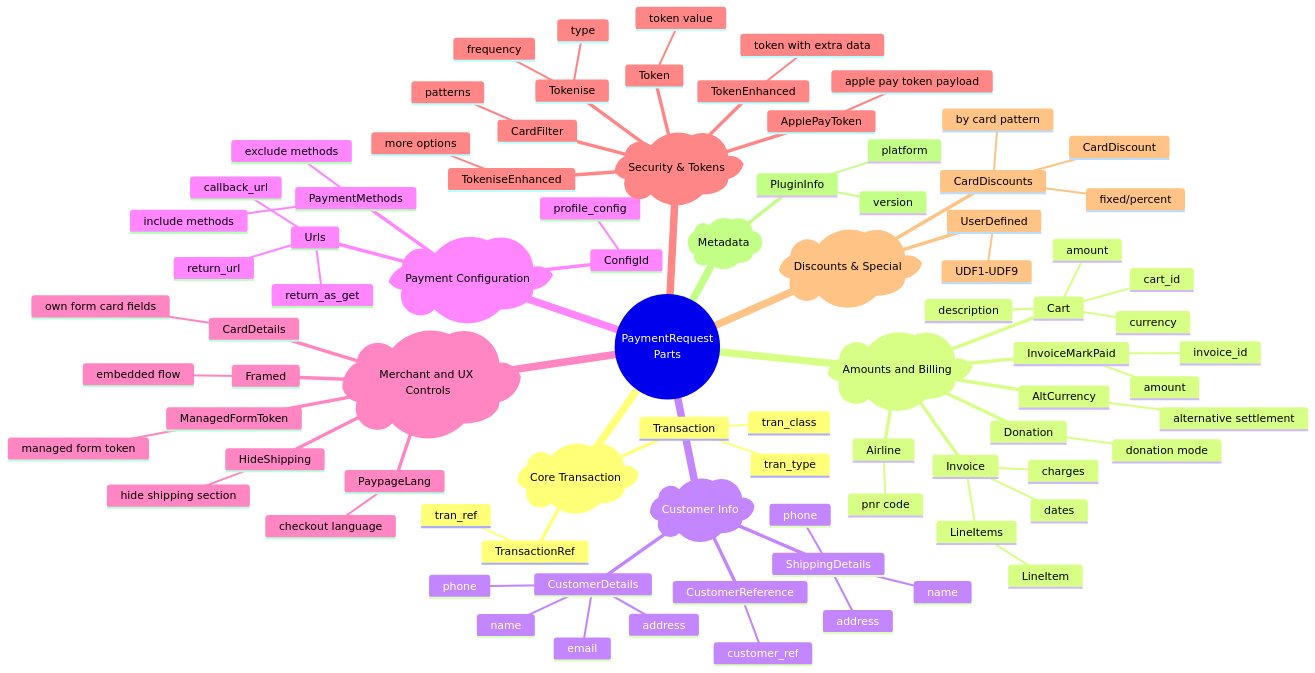
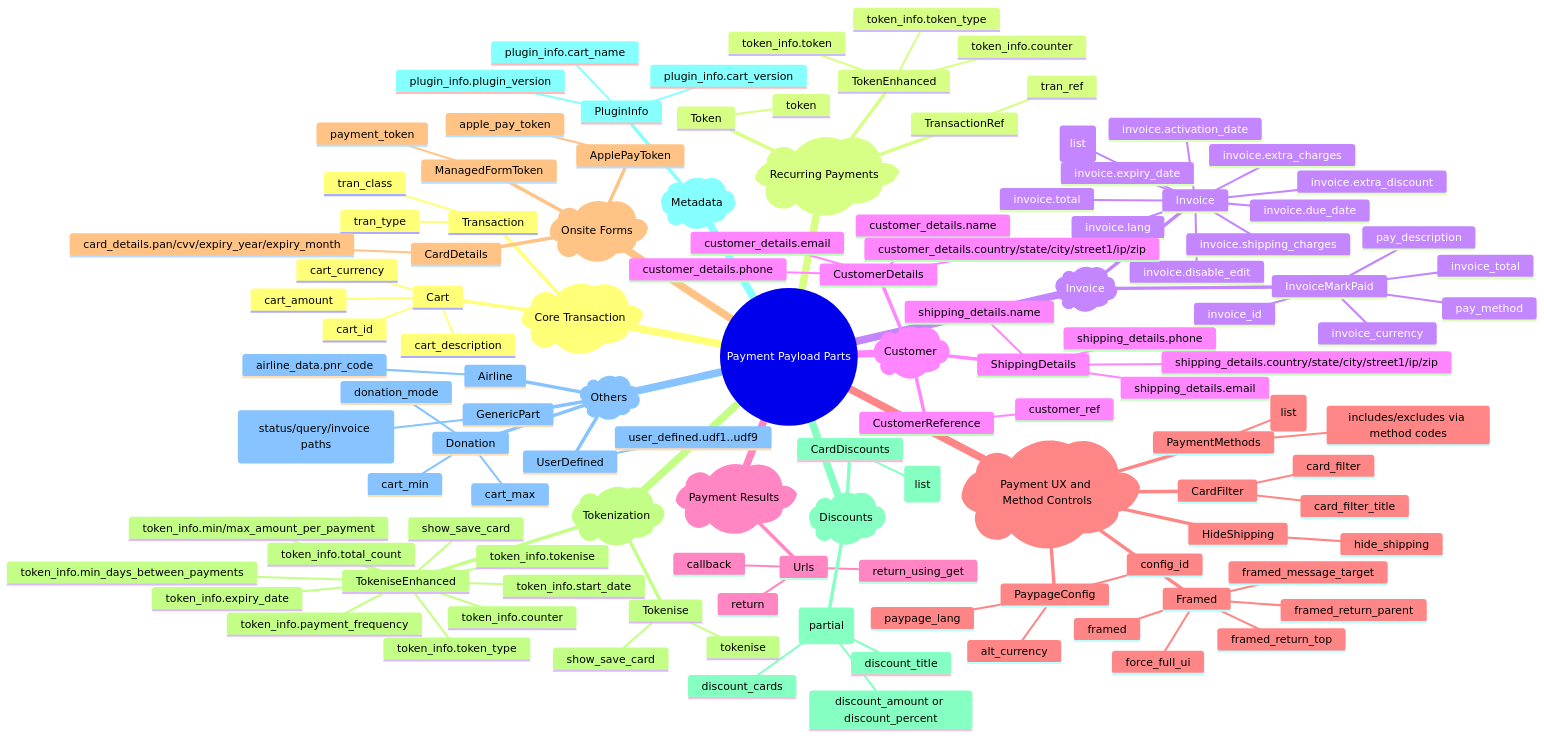
The diagram in docs/diagrams/payment-parts-reference.mmd (paytabscom/php-sdk), drawn with Mermaid before and after one commit. The commit also changed 2 other files, not shown here.

Commit message:
Update architecture documentation with detailed parts mapping and enhance payment parts reference

```diff
--- a/docs/diagrams/payment-parts-reference.mmd
+++ b/docs/diagrams/payment-parts-reference.mmd
@@ -1,96 +1,133 @@
 %% PayTabs Payment Parts Reference
-%% Shows all available parts and their purpose
+%% Overview map of request parts and their payload keys.
 
 mindmap
-  root((PaymentRequest<br/>Parts))
+  root((Payment Payload Parts))
     )Core Transaction(
       Transaction
         tran_type
         tran_class
-      TransactionRef
-        tran_ref
-
-    )Amounts and Billing(
       Cart
         cart_id
-        currency
-        amount
-        description
+        cart_currency
+        cart_amount
+        cart_description
+
+    )Recurring Payments(
+      Token
+        token
+      TokenEnhanced
+        token_info.token
+        token_info.token_type
+        token_info.counter
+      TransactionRef
+          tran_ref
+
+    )Invoice(
       Invoice
-        LineItems
-          LineItem
-        charges
-        dates
-      AltCurrency
-        alternative settlement
-      Donation
-        donation mode
-      Airline
-        pnr code
+        invoice.lang
+        invoice.shipping_charges
+        invoice.extra_charges
+        invoice.extra_discount
+        invoice.total
+        invoice.activation_date
+        invoice.due_date
+        invoice.expiry_date
+        invoice.disable_edit
+        invoice.line_items (list)
       InvoiceMarkPaid
         invoice_id
-        amount
+        invoice_currency
+        invoice_total
+        pay_method
+        pay_description
 
-    )Customer Info(
+    )Customer(
       CustomerDetails
-        name
-        phone
-        email
-        address
+        customer_details.name
+        customer_details.phone
+        customer_details.email
+        customer_details.country/state/city/street1/ip/zip
       ShippingDetails
-        name
-        phone
-        address
+        shipping_details.name
+        shipping_details.phone
+        shipping_details.email
+        shipping_details.country/state/city/street1/ip/zip
       CustomerReference
         customer_ref
 
-    )Payment Configuration(
+    )Payment Results(
       Urls
-        return_url
-        callback_url
-        return_as_get
-      ConfigId
-        profile_config
+        return
+        callback
+        return_using_get
+
+    )Payment UX and Method Controls(
       PaymentMethods
-        include methods
-        exclude methods
+        payment_methods (list)
+        includes/excludes via method codes
+      PaypageConfig
+        paypage_lang
+        alt_currency
+        config_id
+      Framed
+        framed
+        framed_return_parent
+        framed_return_top
+        force_full_ui
+        framed_message_target
+      HideShipping
+        hide_shipping
+      CardFilter
+        card_filter
+        card_filter_title
 
-    )Merchant and UX Controls(
-      PaypageLang
-        checkout language
-      Framed
-        embedded flow
-      HideShipping
-        hide shipping section
+    )Onsite Forms(
       ManagedFormToken
-        managed form token
+        payment_token
       CardDetails
-        own form card fields
+        card_details.pan/cvv/expiry_year/expiry_month
+      ApplePayToken
+        apple_pay_token
 
-    )Security & Tokens(
+    )Tokenization(
       Tokenise
-        type
-        frequency
+        tokenise
+        show_save_card
       TokeniseEnhanced
-        more options
-      Token
-        token value
-      TokenEnhanced
-        token with extra data
-      ApplePayToken
-        apple pay token payload
-      CardFilter
-        patterns
+        token_info.tokenise
+        token_info.token_type
+        token_info.counter
+        token_info.total_count
+        token_info.payment_frequency
+        token_info.min/max_amount_per_payment
+        token_info.min_days_between_payments
+        token_info.start_date
+        token_info.expiry_date
+        show_save_card
 
-    )Discounts & Special(
+    )Discounts(
       CardDiscounts
-        fixed/percent
-        by card pattern
-        CardDiscount
-      UserDefined
-        UDF1-UDF9
+        card_discounts (list)
+      CardDiscount (partial)
+        discount_title
+        discount_cards
+        discount_amount or discount_percent
 
     )Metadata(
       PluginInfo
-        platform
-        version
+        plugin_info.cart_name
+        plugin_info.cart_version
+        plugin_info.plugin_version
+    
+    )Others(
+      UserDefined
+        user_defined.udf1..udf9
+      GenericPart
+        generic key/value injection (status/query/invoice paths)
+      Donation
+        donation_mode
+        cart_min
+        cart_max
+      Airline
+        airline_data.pnr_code
```
